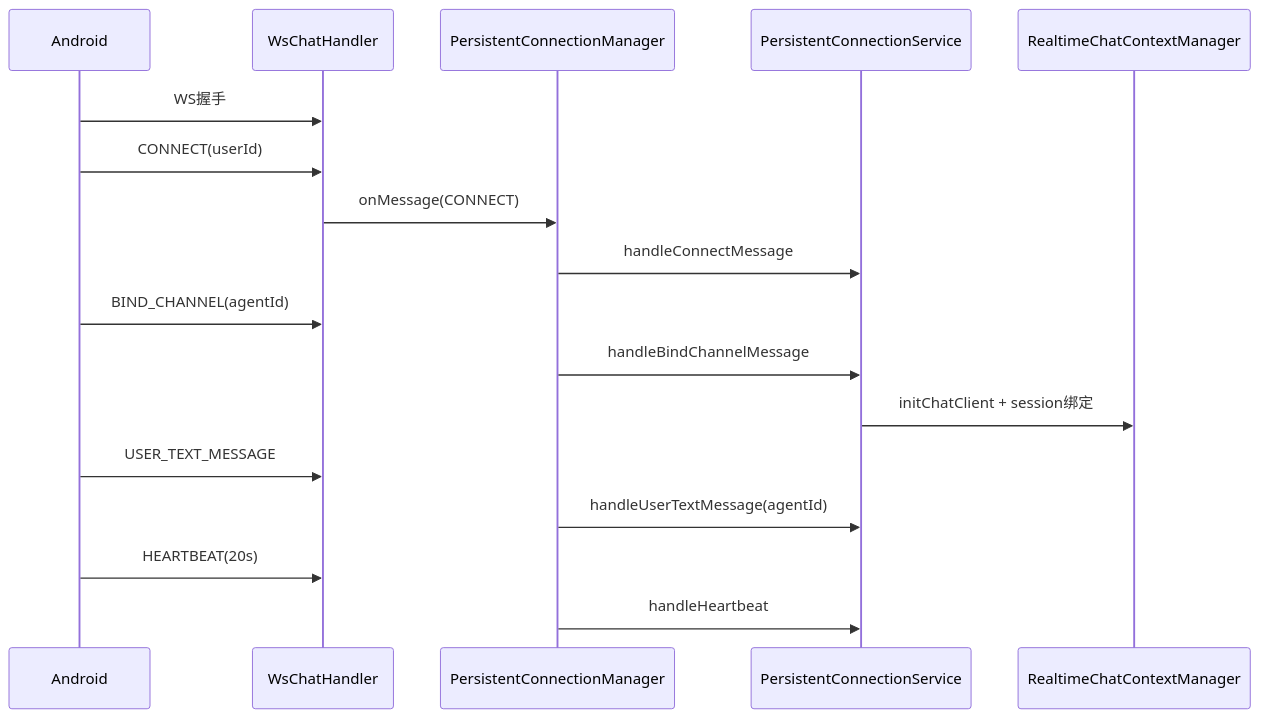
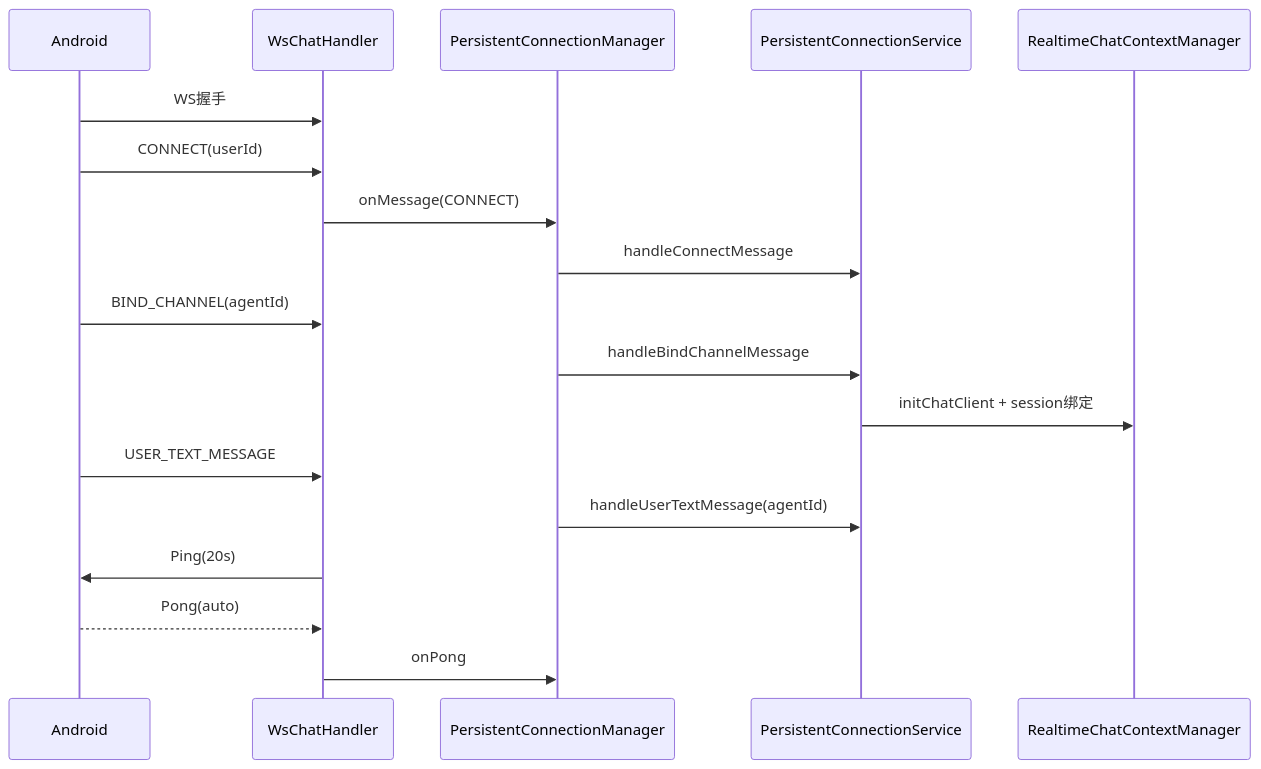
Before and after one commit to nangong918/magic-vector: diagram 17 of 21 in springboot/docs/SpringBootDesignDocument.md, drawn with Mermaid. The commit also changed other lines of this file and 13 other files, not shown here.

Commit message:
cursor: 实现RealTimeChatController设计图绘制

````diff
--- a/springboot/docs/SpringBootDesignDocument.md
+++ b/springboot/docs/SpringBootDesignDocument.md
@@ -375,20 +375,21 @@
 ```mermaid
 sequenceDiagram
     participant App as Android
     participant Ws as WsChatHandler
     participant Pcm as PersistentConnectionManager
     participant Svc as PersistentConnectionService
     participant Ctx as RealtimeChatContextManager
 
     App->>Ws: WS握手
     App->>Ws: CONNECT(userId)
     Ws->>Pcm: onMessage(CONNECT)
     Pcm->>Svc: handleConnectMessage
     App->>Ws: BIND_CHANNEL(agentId)
     Pcm->>Svc: handleBindChannelMessage
     Svc->>Ctx: initChatClient + session绑定
     App->>Ws: USER_TEXT_MESSAGE
     Pcm->>Svc: handleUserTextMessage(agentId)
-    App->>Ws: HEARTBEAT(20s)
-    Pcm->>Svc: handleHeartbeat
+    Ws->>App: Ping(20s)
+    App-->>Ws: Pong(auto)
+    Ws->>Pcm: onPong
 ```
````
